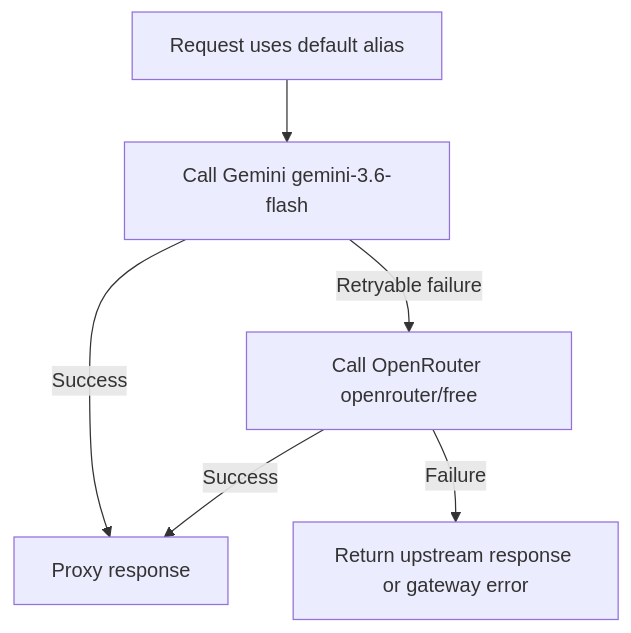
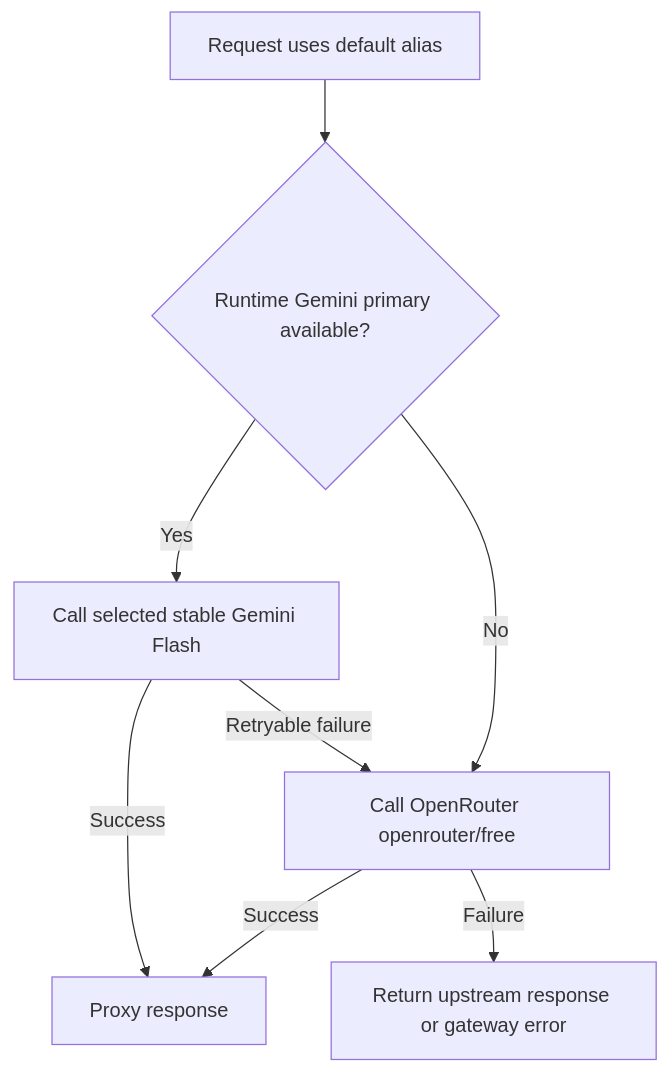
Before and after one commit to JakuninOleg/Go-Ai: the fourth of 4 diagrams in README.md, drawn with Mermaid. The commit also changed other lines of this file and 19 other files, not shown here.

Commit message:
feat(models): select stable Gemini Flash primary from runtime catalog

````diff
--- a/README.md
+++ b/README.md
@@ -318,8 +320,10 @@
 ```mermaid
 flowchart TD
-    Start[Request uses default alias] --> Gemini[Call Gemini gemini-3.6-flash]
+    Start[Request uses default alias] --> Selection{Runtime Gemini primary available?}
+    Selection -->|Yes| Gemini[Call selected stable Gemini Flash]
+    Selection -->|No| Router
     Gemini -->|Success| Return[Proxy response]
     Gemini -->|Retryable failure| Router[Call OpenRouter openrouter/free]
     Router -->|Success| Return
     Router -->|Failure| Final[Return upstream response or gateway error]
 ```
````
